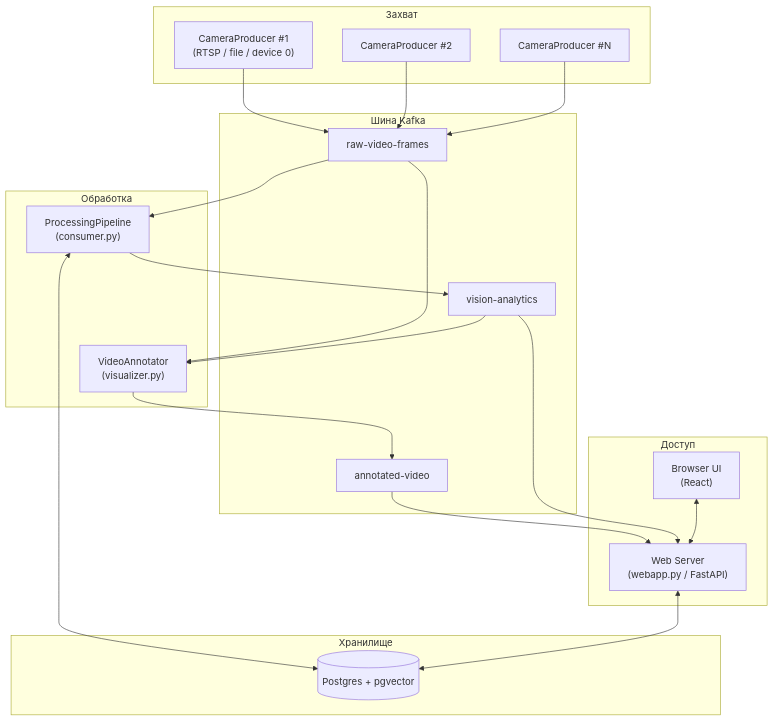
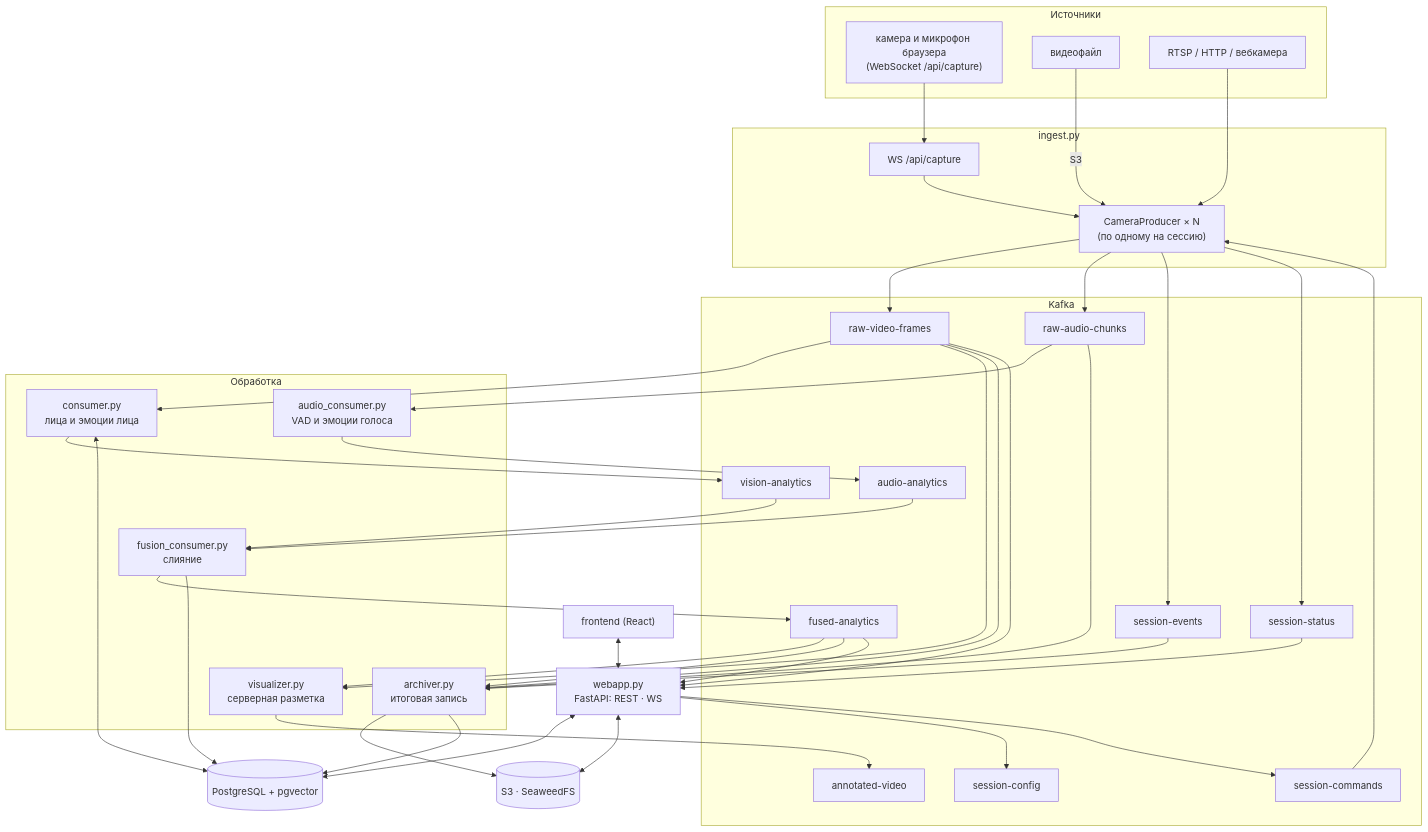
Before and after one commit to listussr/facial-emotion-analyzer: the first of 5 diagrams in docs/ARCHITECTURE.md, drawn with Mermaid. The commit also changed other lines of this file and 107 other files, not shown here.

````diff
--- a/docs/ARCHITECTURE.md
+++ b/docs/ARCHITECTURE.md
@@ -22,42 +16,62 @@
 ```mermaid
 flowchart TB
-    subgraph "Захват"
-        P1["CameraProducer #1<br/>(RTSP / file / device 0)"]
-        P2["CameraProducer #2"]
-        PN["CameraProducer #N"]
+    subgraph "Источники"
+        B["камера и микрофон браузера\n(WebSocket /api/capture)"]
+        F["видеофайл"]
+        S["RTSP / HTTP / вебкамера"]
     end
 
-    subgraph "Шина Kafka"
-        R[raw-video-frames]
-        A[vision-analytics]
+    subgraph "ingest.py"
+        P["CameraProducer × N\n(по одному на сессию)"]
+        CAP["WS /api/capture"]
+    end
+
+    API["webapp.py\nFastAPI: REST · WS"]
+
+    subgraph "Kafka"
+        RV[raw-video-frames]
+        RA[raw-audio-chunks]
+        EV[session-events]
+        SC[session-config]
+        CMD[session-commands]
+        ST[session-status]
+        VA[vision-analytics]
+        AA[audio-analytics]
+        FA[fused-analytics]
         AN[annotated-video]
     end
 
     subgraph "Обработка"
-        PIPE["ProcessingPipeline<br/>(consumer.py)"]
-        ANN["VideoAnnotator<br/>(visualizer.py)"]
+        C["consumer.py\nлица и эмоции лица"]
+        AC["audio_consumer.py\nVAD и эмоции голоса"]
+        FU["fusion_consumer.py\nслияние"]
+        VI["visualizer.py\nсерверная разметка"]
+        AR["archiver.py\nитоговая запись"]
     end
 
-    subgraph "Доступ"
-        WS["Web Server<br/>(webapp.py / FastAPI)"]
-        UI["Browser UI<br/>(React)"]
-    end
+    DB[(PostgreSQL + pgvector)]
+    S3[(S3 · SeaweedFS)]
+    UI["frontend (React)"]
 
-    subgraph "Хранилище"
-        DB[(Postgres + pgvector)]
-    end
-
-    P1 --> R
-    P2 --> R
-    PN --> R
-    R --> PIPE
-    PIPE --> A
-    PIPE <--> DB
-    R --> ANN
-    A --> ANN
-    ANN --> AN
-    AN --> WS
-    A --> WS
-    WS <--> DB
-    UI <--> WS
+    B --> CAP --> P
+    F -->|S3| P
+    S --> P
+    API --> SC & CMD
+    CMD --> P
+    P --> RV & RA & EV & ST
+    ST --> API
+    RV --> C --> VA --> FU
+    RA --> AC --> AA --> FU
+    FU --> FA
+    RV --> VI
+    FA --> VI --> AN
+    RV & RA & FA & EV --> AR --> S3
+    C <--> DB
+    FU --> DB
+    AR --> DB
+    FA --> API
+    RV --> API
+    API <--> DB
+    API <--> S3
+    UI <--> API
 ```
````
